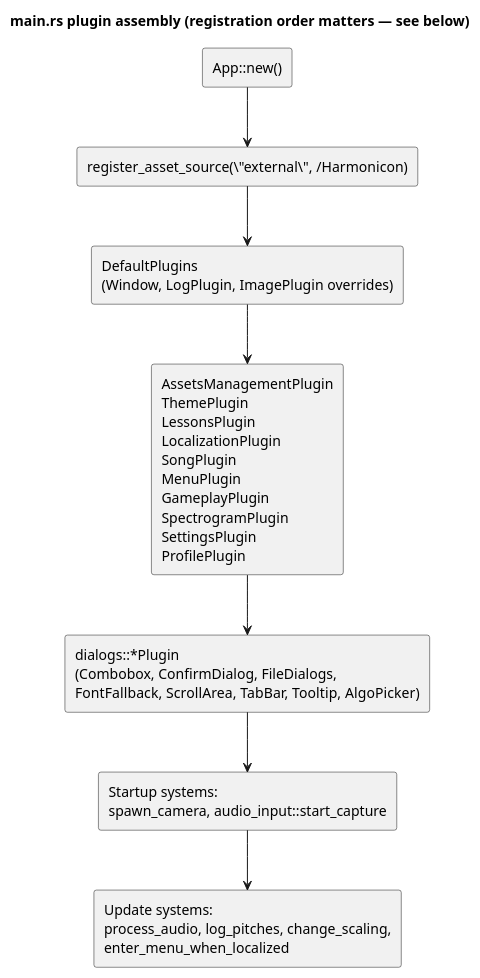
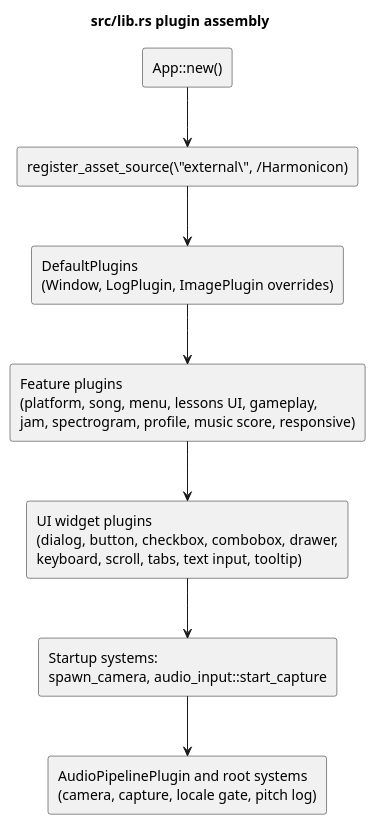
The diagram in contributing/src/plugin-architecture.md (taupter/harmonicon), drawn with PlantUML before and after one commit. The commit also changed other lines of this file and 1 other file, not shown here.

First line of the commit message:
Update plugin architecture guide for current composition

````diff
--- a/contributing/src/plugin-architecture.md
+++ b/contributing/src/plugin-architecture.md
@@ -20,21 +16,21 @@
 ```plantuml
 @startuml
-title main.rs plugin assembly (registration order matters — see below)
+title src/lib.rs plugin assembly
 skinparam componentStyle rectangle
 
 rectangle "App::new()" as app_new
 rectangle "register_asset_source(\"external\", ~/Harmonicon)" as ext_source
 rectangle "DefaultPlugins\n(Window, LogPlugin, ImagePlugin overrides)" as default_plugins
-rectangle "AssetsManagementPlugin\nThemePlugin\nLessonsPlugin\nLocalizationPlugin\nSongPlugin\nMenuPlugin\nGameplayPlugin\nSpectrogramPlugin\nSettingsPlugin\nProfilePlugin" as feature_plugins
-rectangle "dialogs::*Plugin\n(Combobox, ConfirmDialog, FileDialogs,\nFontFallback, ScrollArea, TabBar, Tooltip, AlgoPicker)" as dialog_plugins
+rectangle "Feature plugins\n(platform, song, menu, lessons UI, gameplay,\njam, spectrogram, profile, music score, responsive)" as feature_plugins
+rectangle "UI widget plugins\n(dialog, button, checkbox, combobox, drawer,\nkeyboard, scroll, tabs, text input, tooltip)" as dialog_plugins
 rectangle "Startup systems:\nspawn_camera, audio_input::start_capture" as startup_systems
-rectangle "Update systems:\nprocess_audio, log_pitches, change_scaling,\nenter_menu_when_localized" as update_systems
+rectangle "AudioPipelinePlugin and root systems\n(camera, capture, locale gate, pitch log)" as update_systems
 
 app_new --> ext_source
 ext_source --> default_plugins
 default_plugins --> feature_plugins
 feature_plugins --> dialog_plugins
 dialog_plugins --> startup_systems
 startup_systems --> update_systems
 @enduml
 ```
````
